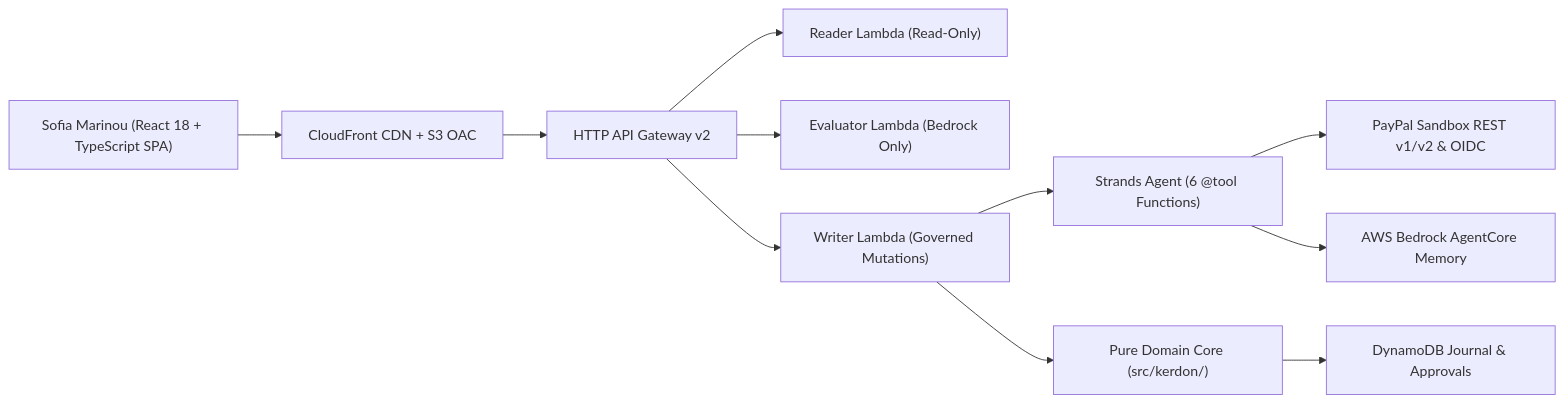
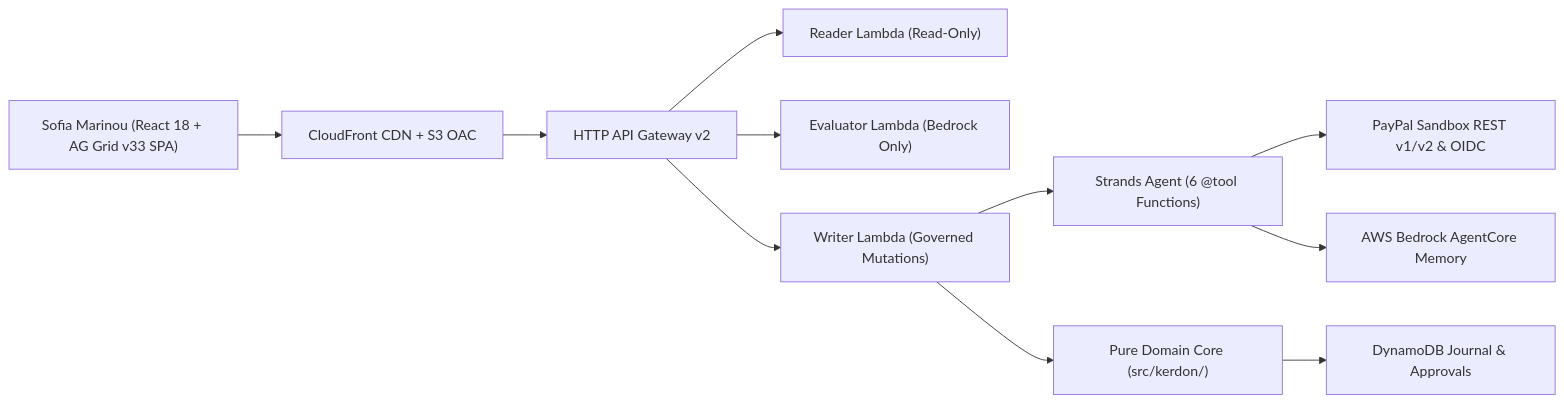
The first of 2 diagrams in README.md (upgradedev/kerdon-paypal-erp), drawn with Mermaid before and after one commit. The commit also changed other lines of this file and 25 other files, not shown here.

````diff
--- a/README.md
+++ b/README.md
@@ -37,13 +49,13 @@
 ```mermaid
 flowchart LR
-    U["Sofia Marinou (React 18 + TypeScript SPA)"] --> CF["CloudFront CDN + S3 OAC"]
+    U["Sofia Marinou (React 18 + AG Grid v33 SPA)"] --> CF["CloudFront CDN + S3 OAC"]
     CF --> APIGW["HTTP API Gateway v2"]
     APIGW --> R["Reader Lambda (Read-Only)"]
     APIGW --> E["Evaluator Lambda (Bedrock Only)"]
     APIGW --> W["Writer Lambda (Governed Mutations)"]
     W --> AGENT["Strands Agent (6 @tool Functions)"]
     AGENT --> PP["PayPal Sandbox REST v1/v2 & OIDC"]
     W --> CORE["Pure Domain Core (src/kerdon/)"]
     CORE --> DDB["DynamoDB Journal & Approvals"]
     AGENT --> MEM["AWS Bedrock AgentCore Memory"]
 ```
````
